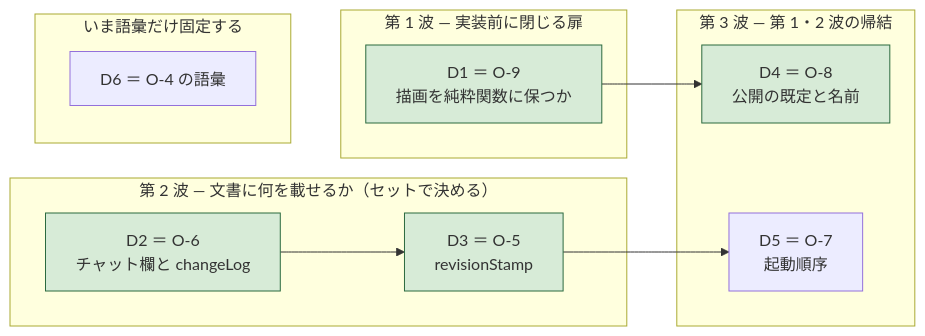
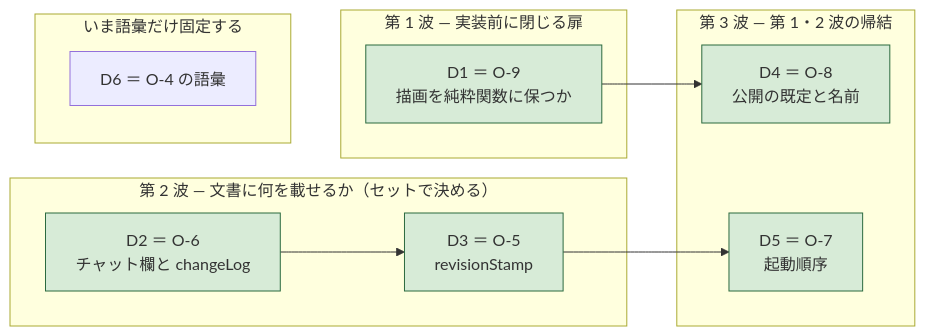
Before and after one commit to GoodRelax/gr-scheduler: the diagram in ai-cowork-trial/draft-for-handover/OPEN-ITEMS-ja.md, drawn with Mermaid. The commit also changed other lines of this file and 5 other files, not shown here.

````diff
--- a/ai-cowork-trial/draft-for-handover/OPEN-ITEMS-ja.md
+++ b/ai-cowork-trial/draft-for-handover/OPEN-ITEMS-ja.md
@@ -228,24 +258,25 @@
 ```mermaid
 flowchart LR
   subgraph w1["第 1 波 — 実装前に閉じる扉"]
     D1["D1 ＝ O-9<br/>描画を純粋関数に保つか"]
   end
   subgraph w2["第 2 波 — 文書に何を載せるか（セットで決める）"]
     D2["D2 ＝ O-6<br/>チャット欄と changeLog"]
     D3["D3 ＝ O-5<br/>revisionStamp"]
   end
   subgraph w3["第 3 波 — 第 1・2 波の帰結"]
     D4["D4 ＝ O-8<br/>公開の既定と名前"]
     D5["D5 ＝ O-7<br/>起動順序"]
   end
   subgraph w4["いま語彙だけ固定する"]
     D6["D6 ＝ O-4 の語彙"]
   end
   D1 --> D4
   style D1 fill:#d7ebd7,stroke:#2b6a3f
   D2 --> D3
   style D2 fill:#d7ebd7,stroke:#2b6a3f
   D3 --> D5
   style D3 fill:#d7ebd7,stroke:#2b6a3f
   style D4 fill:#d7ebd7,stroke:#2b6a3f
+  style D5 fill:#d7ebd7,stroke:#2b6a3f
 ```
````
